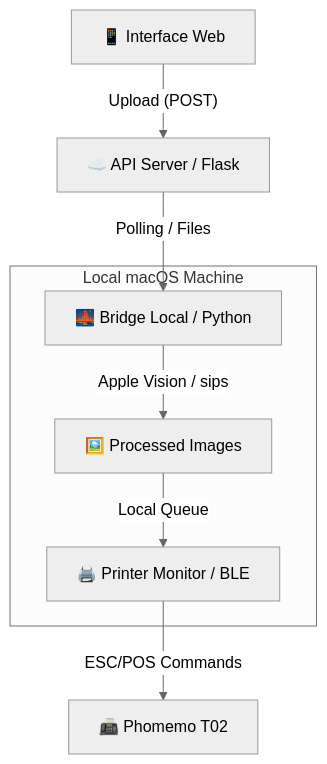
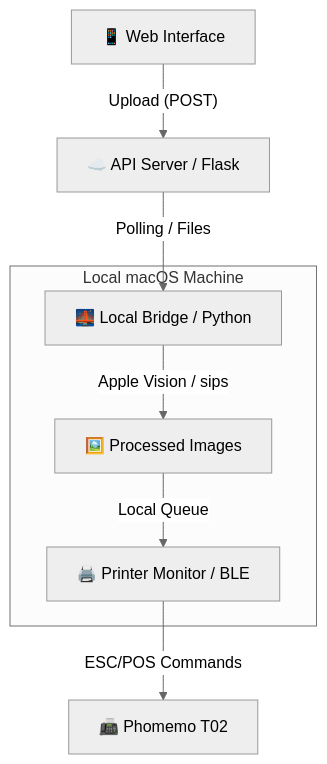
Before and after one commit to matheusdanoite/Free-Cigarettes: the diagram in README.md, drawn with Mermaid (neutral theme). The commit also changed other lines of this file and 2 other files, not shown here.

First line of the commit message:
Barzar Web: Cigarros Grátis v1.5.0

````diff
--- a/README.md
+++ b/README.md
@@ -23,14 +26,14 @@
 ```mermaid
 graph TD
-    A[📱 Interface Web] -- "Upload (POST)" --> B[☁️ API Server / Flask]
-    B -- "Polling / Files" --> C[🌉 Bridge Local / Python]
+    A[📱 Web Interface] -- "Upload (POST)" --> B[☁️ API Server / Flask]
+    B -- "Polling / Files" --> C[🌉 Local Bridge / Python]
     C -- "Apple Vision / sips" --> D[🖼️ Processed Images]
     D -- "Local Queue" --> E[🖨️ Printer Monitor / BLE]
     E -- "ESC/POS Commands" --> F[📠 Phomemo T02]
     
     subgraph "Local macOS Machine"
     C
     D
     E
     end
 ```
````
